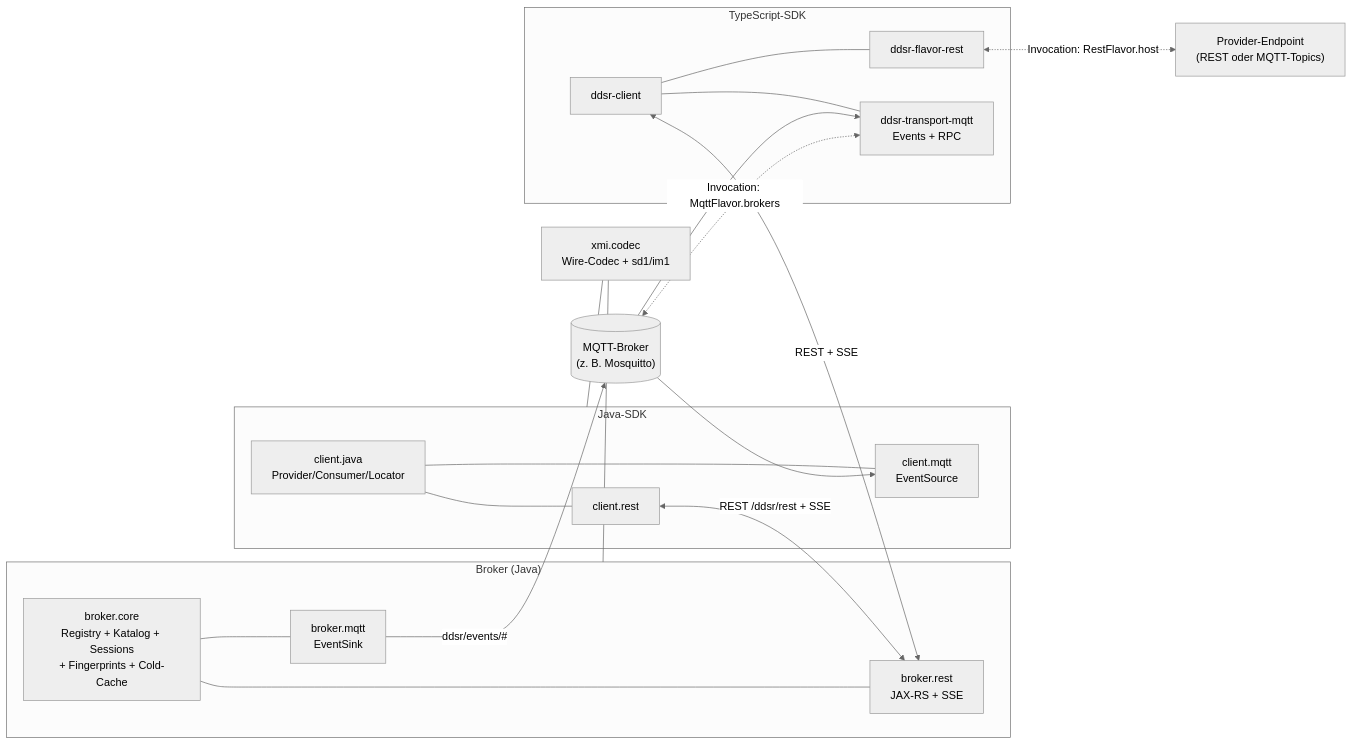
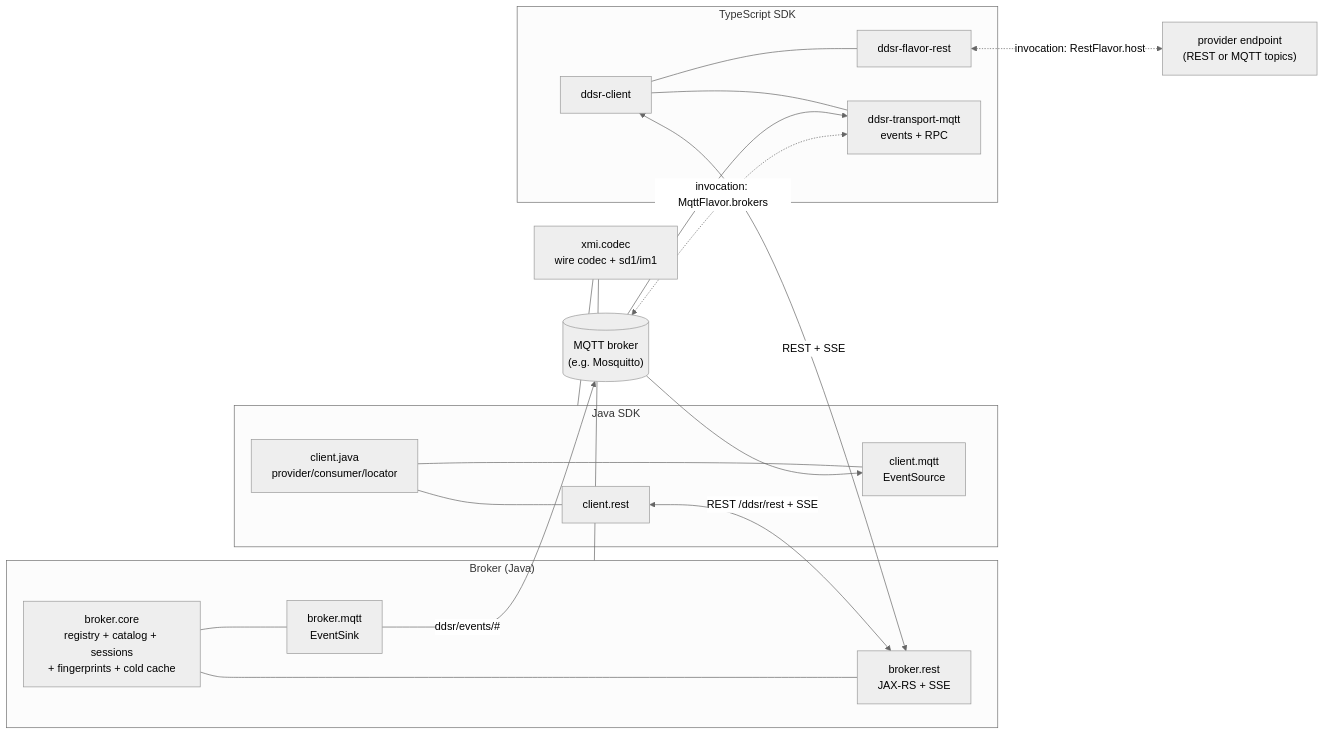
The first of 3 diagrams in docs/ARCHITECTURE.md (eclipse-fennec/emf.services), drawn with Mermaid (neutral theme) before and after one commit. The commit also changed other lines of this file and 5 other files, not shown here.

````diff
--- a/docs/ARCHITECTURE.md
+++ b/docs/ARCHITECTURE.md
@@ -14,34 +14,34 @@
 ```mermaid
 flowchart LR
   subgraph Broker["Broker (Java)"]
-    core["broker.core<br/>Registry + Katalog + Sessions<br/>+ Fingerprints + Cold-Cache"]
+    core["broker.core<br/>registry + catalog + sessions<br/>+ fingerprints + cold cache"]
     rest["broker.rest<br/>JAX-RS + SSE"]
     bmqtt["broker.mqtt<br/>EventSink"]
     core --- rest
     core --- bmqtt
   end
-  codec["xmi.codec<br/>Wire-Codec + sd1/im1"]
-  subgraph JavaSDK["Java-SDK"]
-    cj["client.java<br/>Provider/Consumer/Locator"]
+  codec["xmi.codec<br/>wire codec + sd1/im1"]
+  subgraph JavaSDK["Java SDK"]
+    cj["client.java<br/>provider/consumer/locator"]
     cr["client.rest"]
     cm["client.mqtt<br/>EventSource"]
     cj --- cr
     cj --- cm
   end
-  subgraph TS["TypeScript-SDK"]
+  subgraph TS["TypeScript SDK"]
     tsc["ddsr-client"]
     tsr["ddsr-flavor-rest"]
-    tsm["ddsr-transport-mqtt<br/>Events + RPC"]
+    tsm["ddsr-transport-mqtt<br/>events + RPC"]
     tsc --- tsr
     tsc --- tsm
   end
   cr <-- "REST /ddsr/rest + SSE" --> rest
   tsc <-- "REST + SSE" --> rest
-  bmqtt -- "ddsr/events/#" --> mq[("MQTT-Broker<br/>(z. B. Mosquitto)")]
+  bmqtt -- "ddsr/events/#" --> mq[("MQTT broker<br/>(e.g. Mosquitto)")]
   mq --> cm
   mq --> tsm
-  tsr <-. "Invocation: RestFlavor.host" .-> prov["Provider-Endpoint<br/>(REST oder MQTT-Topics)"]
-  tsm <-. "Invocation: MqttFlavor.brokers" .-> mq
+  tsr <-. "invocation: RestFlavor.host" .-> prov["provider endpoint<br/>(REST or MQTT topics)"]
+  tsm <-. "invocation: MqttFlavor.brokers" .-> mq
   Broker --- codec
   JavaSDK --- codec
 ```
````
